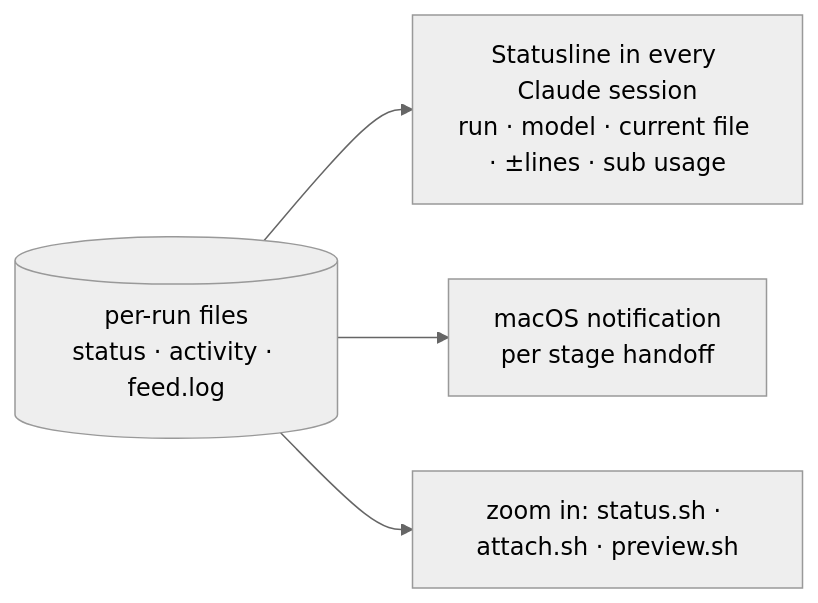
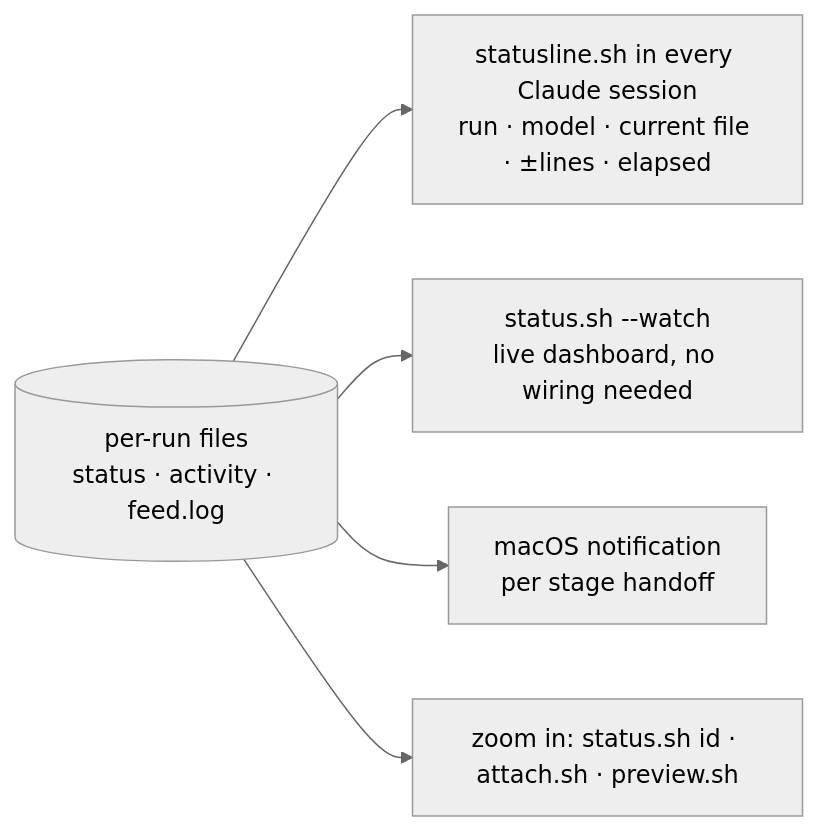
One commit to angelsole/dispatch-harness changed the second of 2 diagrams in FLOW.md. Above: the diagram before and after it, drawn with Mermaid (neutral theme). The commit also changed other lines of this file and 3 other files, not shown here.

````diff
--- a/FLOW.md
+++ b/FLOW.md
@@ -65,7 +65,8 @@
 ```mermaid
 flowchart LR
     R[("per-run files<br/>status · activity · feed.log")]
-    R --> SL["Statusline in every Claude session<br/>run · model · current file · ±lines · sub usage"]
+    R --> SL["statusline.sh in every Claude session<br/>run · model · current file · ±lines · elapsed"]
+    R --> W["status.sh --watch<br/>live dashboard, no wiring needed"]
     R --> N["macOS notification<br/>per stage handoff"]
-    R --> Z["zoom in: status.sh · attach.sh · preview.sh"]
+    R --> Z["zoom in: status.sh id · attach.sh · preview.sh"]
 ```
````
